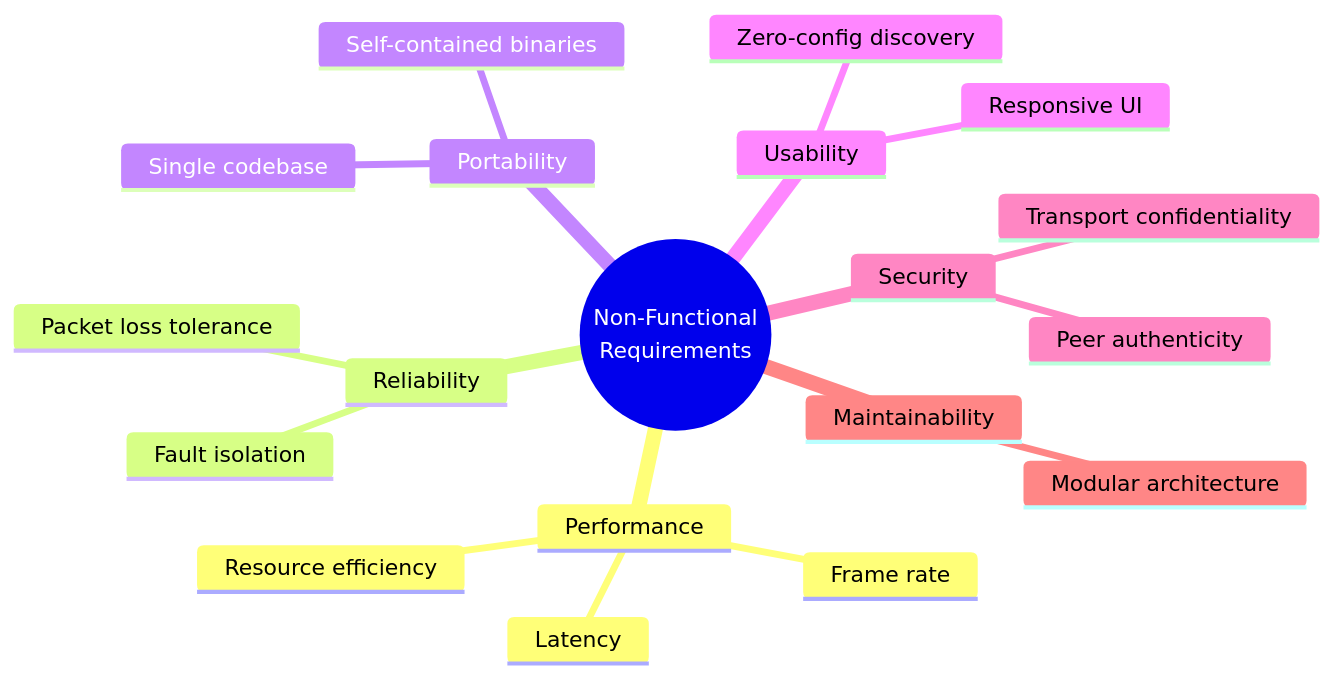
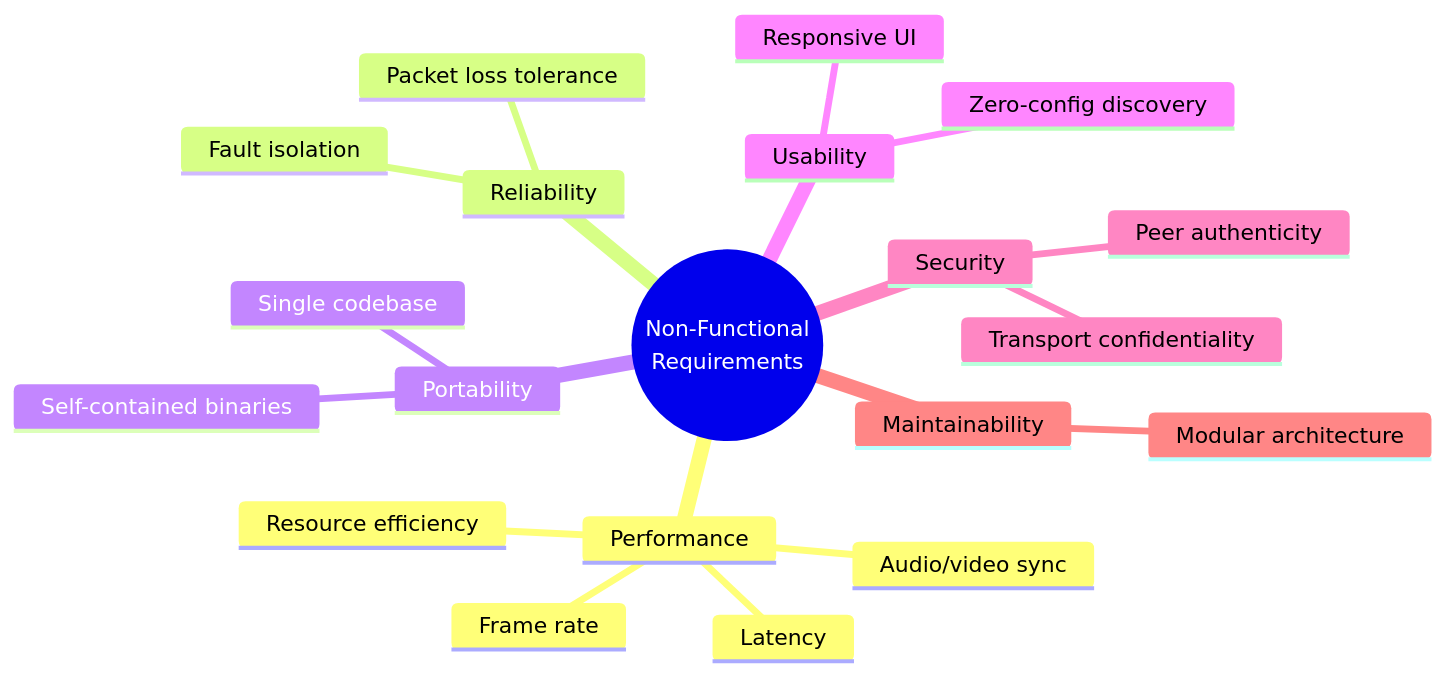
Before and after one commit to gventino/peeroxide: the diagram in docs/non-functional-requirements.md, drawn with Mermaid. The commit also changed other lines of this file and 3 other files, not shown here.

````diff
--- a/docs/non-functional-requirements.md
+++ b/docs/non-functional-requirements.md
@@ -5,22 +5,23 @@
 ```mermaid
 mindmap
   root((Non-Functional<br/>Requirements))
     Performance
       Latency
       Frame rate
       Resource efficiency
+      Audio/video sync
     Reliability
       Packet loss tolerance
       Fault isolation
     Portability
       Single codebase
       Self-contained binaries
     Usability
       Zero-config discovery
       Responsive UI
     Security
       Transport confidentiality
       Peer authenticity
     Maintainability
       Modular architecture
 ```
````
